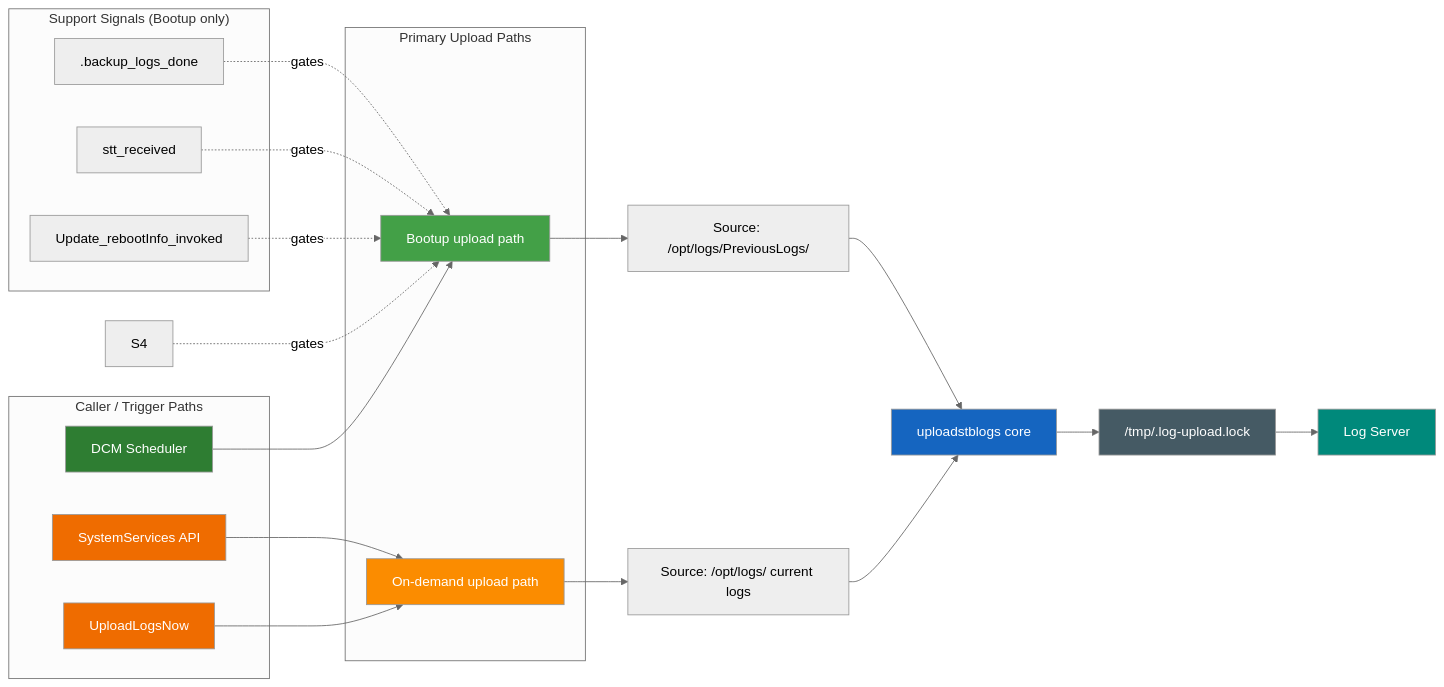
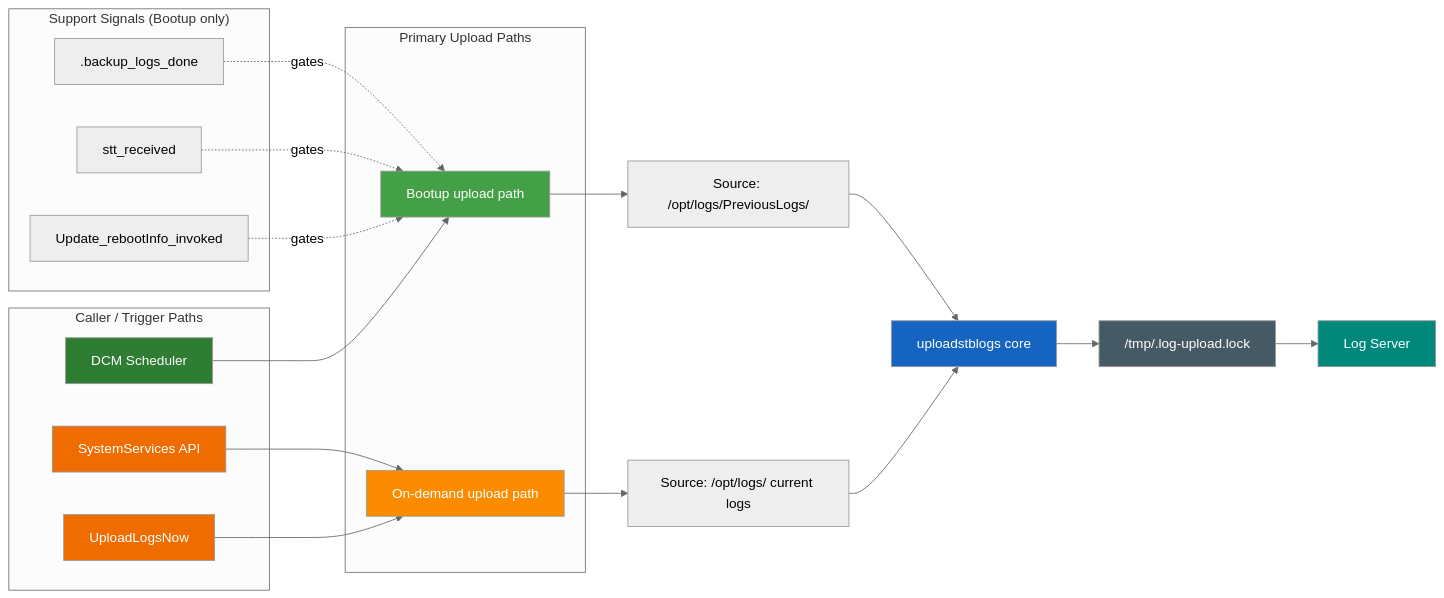
One commit to rdkcentral/dcm-agent changed the tenth of 14 diagrams in openspec/Logupload-Synchronization/specs/slides.md. Above: the diagram before and after it, drawn with Mermaid (neutral theme).

````diff
--- a/openspec/Logupload-Synchronization/specs/slides.md
+++ b/openspec/Logupload-Synchronization/specs/slides.md
@@ -647,44 +647,43 @@
 ```mermaid
 graph LR
   subgraph C["Caller / Trigger Paths"]
     DCM["DCM Scheduler"]
     SS["SystemServices API"]
     ULN["UploadLogsNow"]
   end
 
   subgraph P["Primary Upload Paths"]
     BUP["Bootup upload path"]
     ODP["On-demand upload path"]
   end
 
   subgraph S["Support Signals (Bootup only)"]
     S1[".backup_logs_done"]
     S2["stt_received"]
     S3["Update_rebootInfo_invoked"]
   end
 
   DCM --> BUP
   SS --> ODP
   ULN --> ODP
 
   S1 -.gates.-> BUP
   S2 -.gates.-> BUP
   S3 -.gates.-> BUP
-  S4 -.gates.-> BUP
 
   BUP --> PREV["Source: /opt/logs/PreviousLogs/"]
   ODP --> CURR["Source: /opt/logs/ current logs"]
   PREV --> CORE["uploadstblogs core"]
   CURR --> CORE
   CORE --> LOCK["/tmp/.log-upload.lock"]
   LOCK --> SERVER["Log Server"]
 
   style DCM fill:#2e7d32,color:#fff
   style SS fill:#ef6c00,color:#fff
   style ULN fill:#ef6c00,color:#fff
   style BUP fill:#43a047,color:#fff
   style ODP fill:#fb8c00,color:#fff
   style CORE fill:#1565c0,color:#fff
   style LOCK fill:#455a64,color:#fff
   style SERVER fill:#00897b,color:#fff
 ```
````
